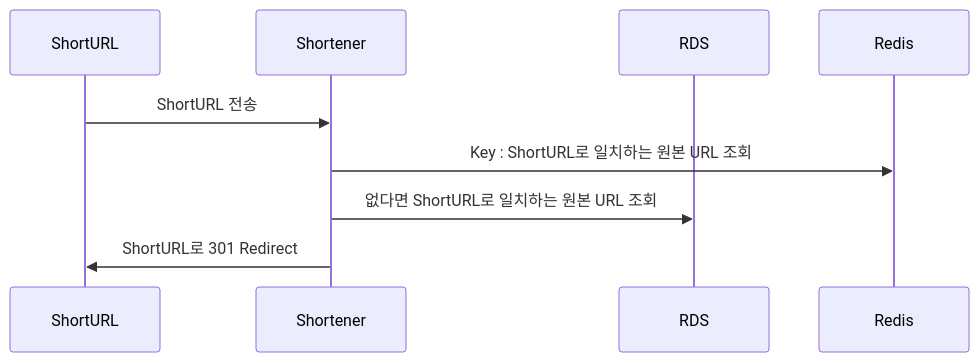
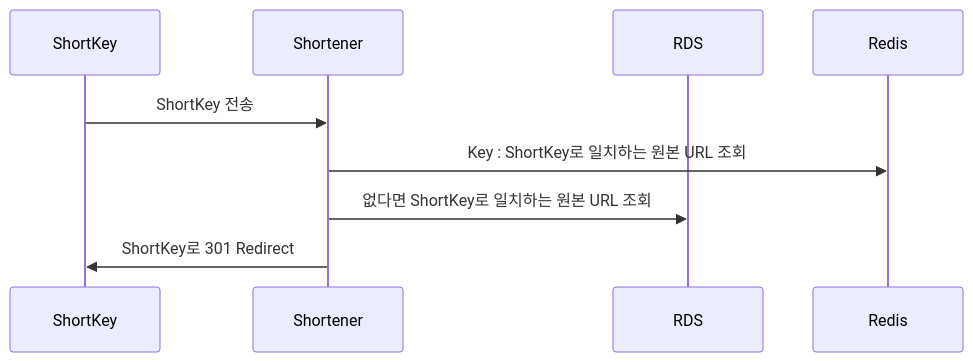
Before and after one commit to hojihun5516/url-shortener: the second of 2 diagrams in README.md, drawn with Mermaid. The commit also changed other lines of this file and 16 other files, not shown here.

First line of the commit message:
short key 네이밍 수정

````diff
--- a/README.md
+++ b/README.md
@@ -20,11 +20,11 @@
 ```mermaid
 sequenceDiagram
-    participant user as ShortURL
+    participant user as ShortKey
     participant shortener as Shortener
     participant rds as RDS
     participant redis as Redis
-    user->>shortener: ShortURL 전송
-    shortener->>redis: Key : ShortURL로 일치하는 원본 URL 조회
-    shortener->>rds: 없다면 ShortURL로 일치하는 원본 URL 조회
-    shortener->>user: ShortURL로 301 Redirect
+    user->>shortener: ShortKey 전송
+    shortener->>redis: Key : ShortKey로 일치하는 원본 URL 조회
+    shortener->>rds: 없다면 ShortKey로 일치하는 원본 URL 조회
+    shortener->>user: ShortKey로 301 Redirect
 ```
````
